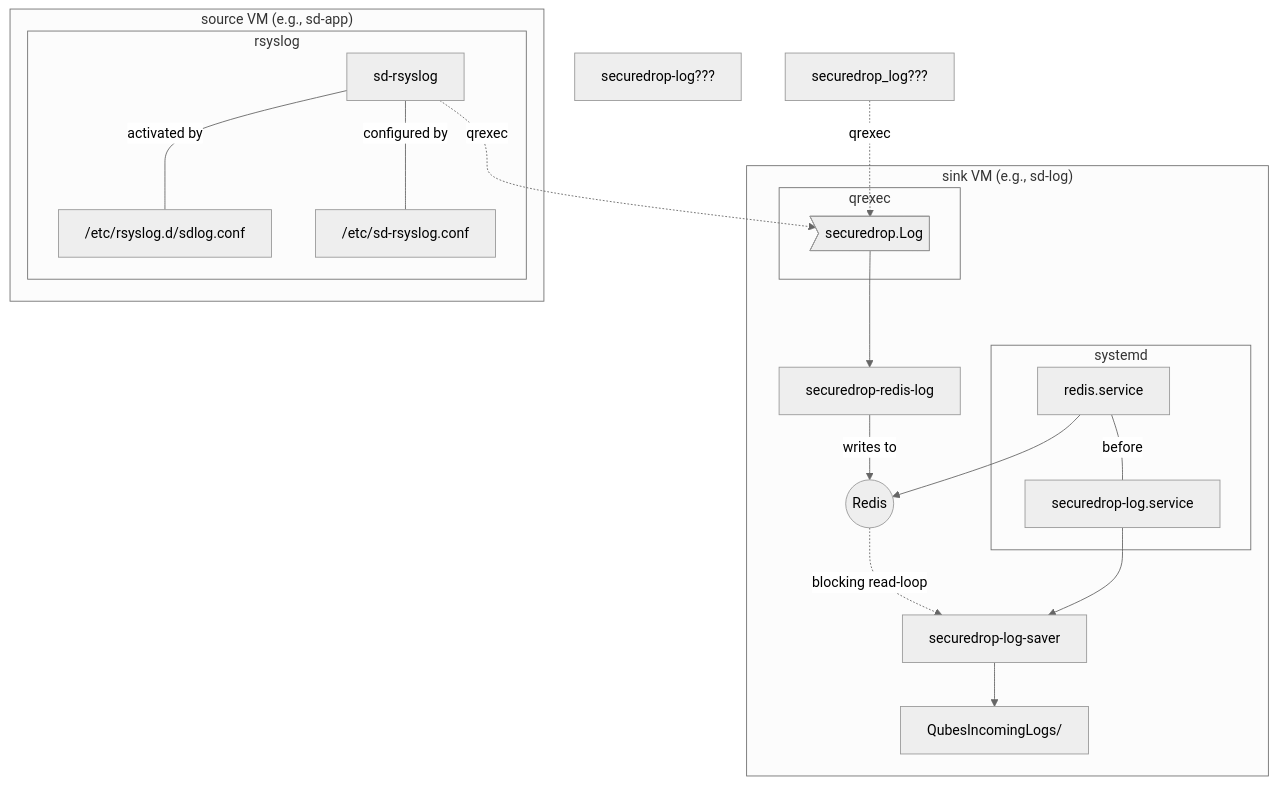
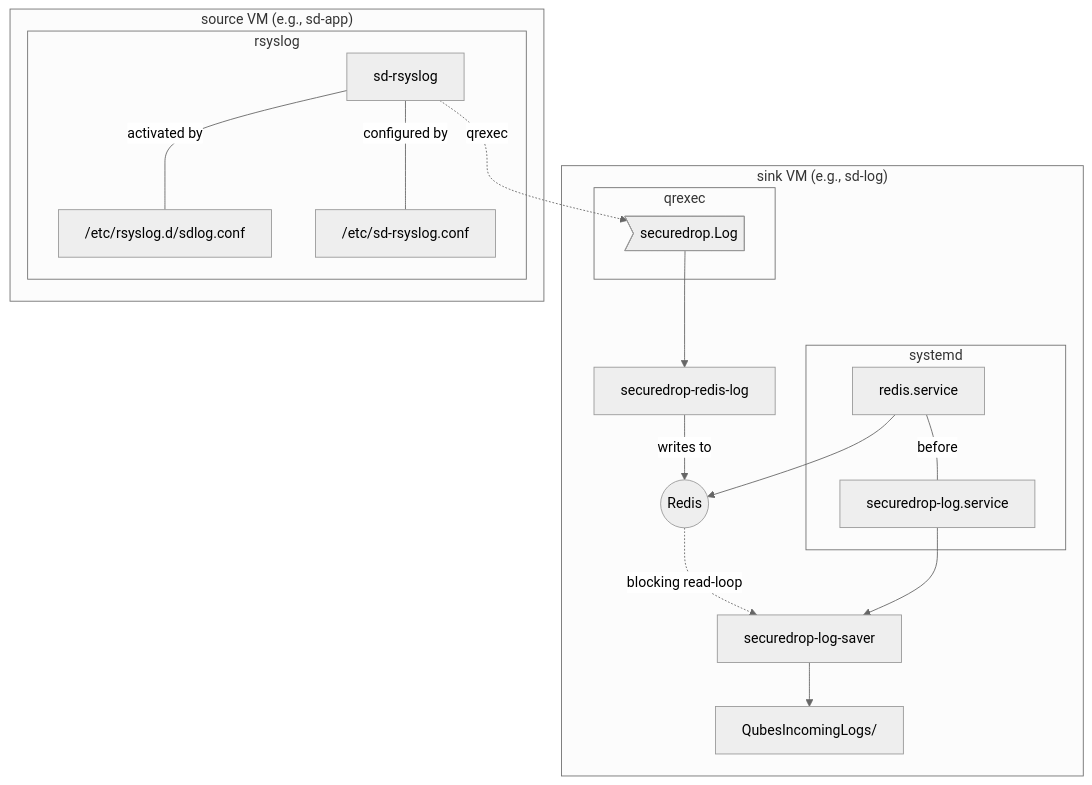
One commit to freedomofpress/securedrop-client changed the diagram in log/README.md. Above: the diagram before and after it, drawn with Mermaid (neutral theme).

Commit message:
docs(readme): remove "???" nodes for unused components

````diff
--- a/log/README.md
+++ b/log/README.md
@@ -15,28 +15,25 @@
 ```mermaid
 graph TD
 
 subgraph "sink VM (e.g., sd-log)"
 subgraph systemd
 redis.service --before--- securedrop-log.service
 end
 subgraph qrexec
 securedrop.Log
 end
 
 redis.service --> Redis((Redis))
 securedrop.Log>securedrop.Log] --> securedrop-redis-log --"writes to"--> Redis
 Redis -.blocking read-loop.-> securedrop-log-saver
 securedrop-log.service --> securedrop-log-saver --> QubesIncomingLogs/
 end
 
 subgraph "source VM (e.g., sd-app)"
 subgraph rsyslog
 sd-rsyslog --activated by--- /etc/rsyslog.d/sdlog.conf
 sd-rsyslog --configured by--- /etc/sd-rsyslog.conf
 sd-rsyslog -.qrexec.-> securedrop.Log
 end
 end
-
-securedrop-log???
-securedrop_log??? -.qrexec.-> securedrop.Log
 ```
````
